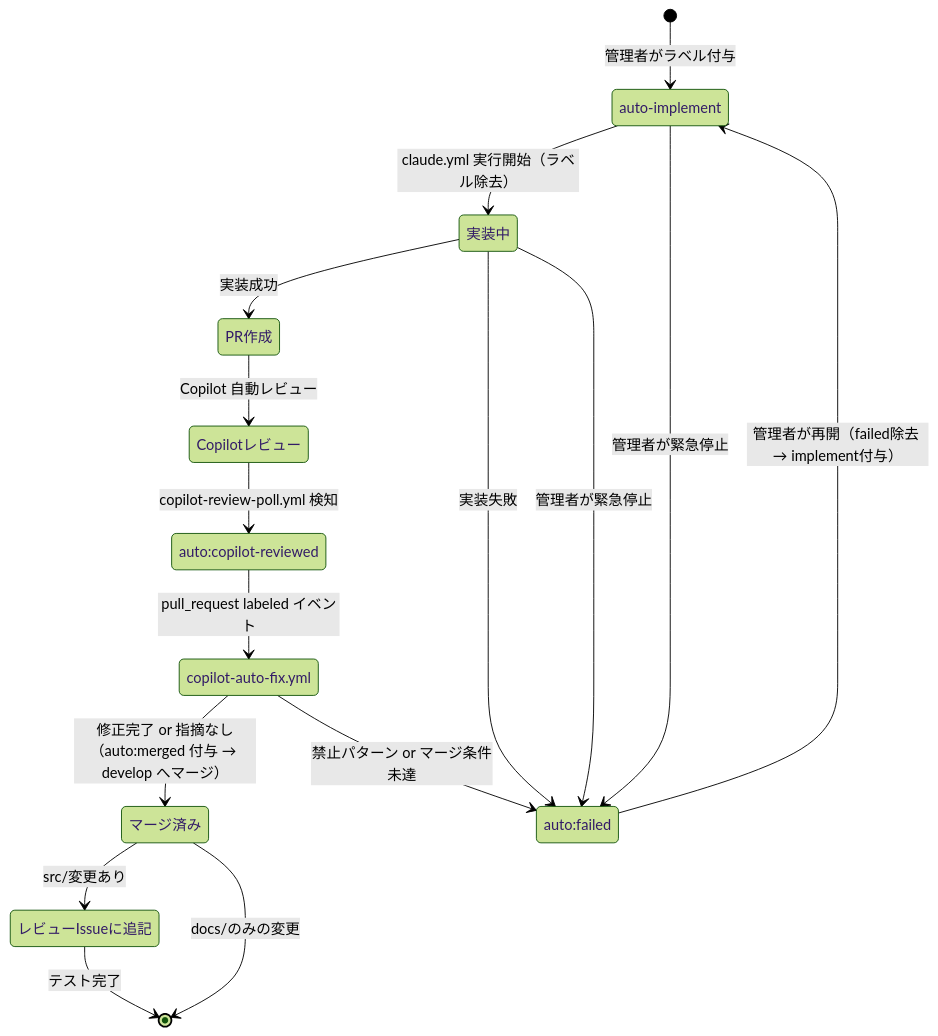
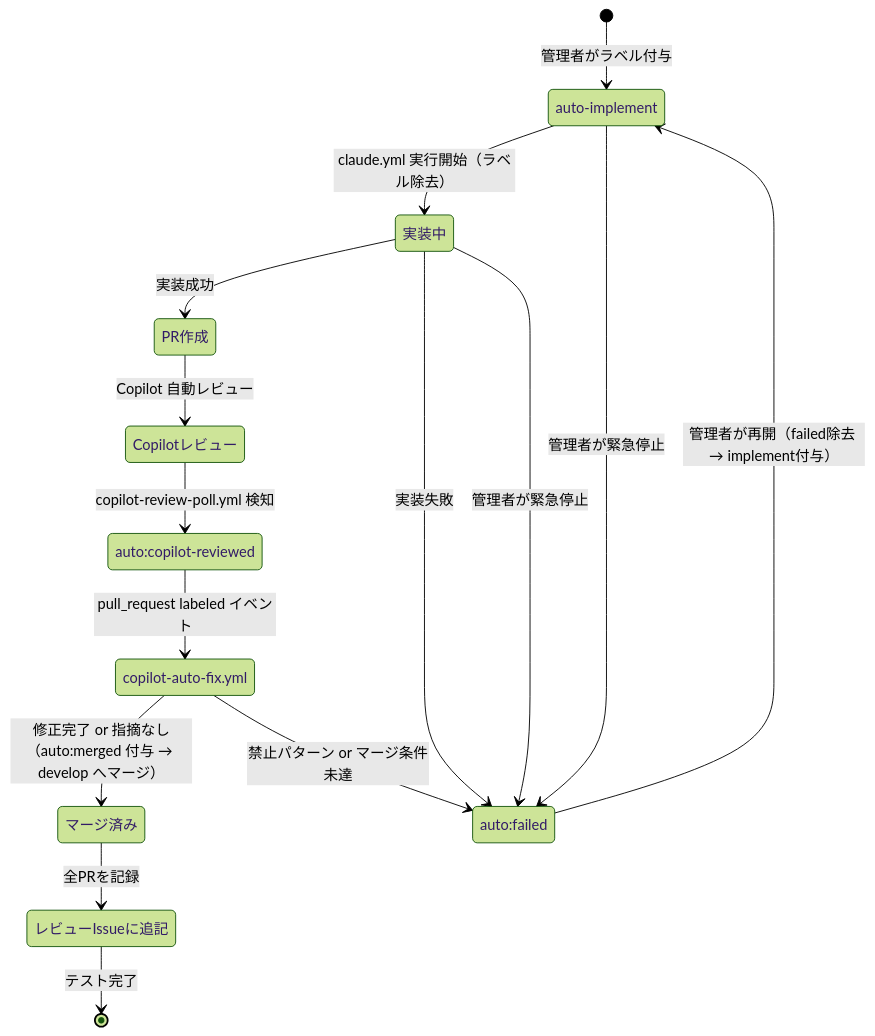
The third of 4 diagrams in docs/specs/auto-progress.md (becky3/learning-companion), drawn with Mermaid (forest theme) before and after one commit. The commit also changed other lines of this file and 3 other files, not shown here.

````diff
--- a/docs/specs/auto-progress.md
+++ b/docs/specs/auto-progress.md
@@ -269,27 +267,26 @@
 ```mermaid
 stateDiagram-v2
     [*] --> auto_implement: 管理者がラベル付与
     auto_implement --> 実装中: claude.yml 実行開始（ラベル除去）
     実装中 --> PR作成: 実装成功
     実装中 --> auto_failed: 実装失敗
 
     PR作成 --> Copilotレビュー: Copilot 自動レビュー
     Copilotレビュー --> copilot_reviewed: copilot-review-poll.yml 検知
     copilot_reviewed --> copilot_auto_fix: pull_request labeled イベント
     copilot_auto_fix --> マージ済み: 修正完了 or 指摘なし（auto:merged 付与 → develop へマージ）
     copilot_auto_fix --> auto_failed: 禁止パターン or マージ条件未達
 
-    マージ済み --> review_issue: src/変更あり
-    マージ済み --> [*]: docs/のみの変更
+    マージ済み --> review_issue: 全PRを記録
     review_issue --> [*]: テスト完了
 
     auto_implement --> auto_failed: 管理者が緊急停止
     実装中 --> auto_failed: 管理者が緊急停止
     auto_failed --> auto_implement: 管理者が再開（failed除去 → implement付与）
 
     state "auto-implement" as auto_implement
     state "auto:failed" as auto_failed
     state "auto:copilot-reviewed" as copilot_reviewed
     state "copilot-auto-fix.yml" as copilot_auto_fix
     state "レビューIssueに追記" as review_issue
 ```
````
